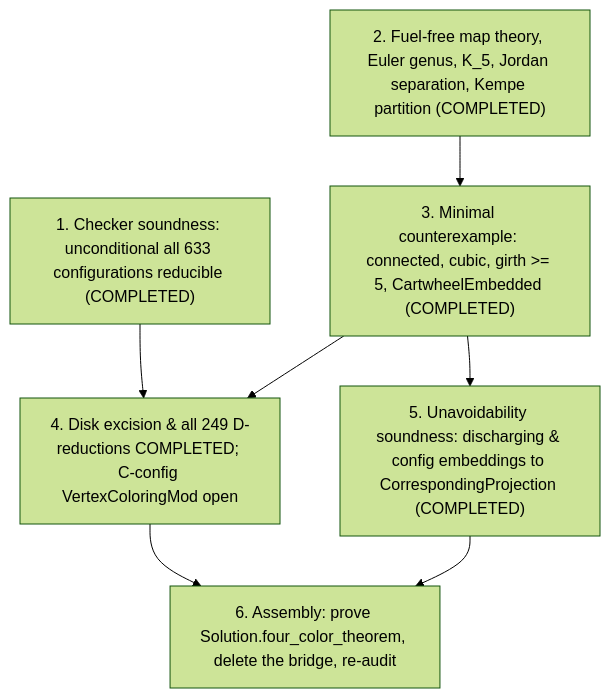
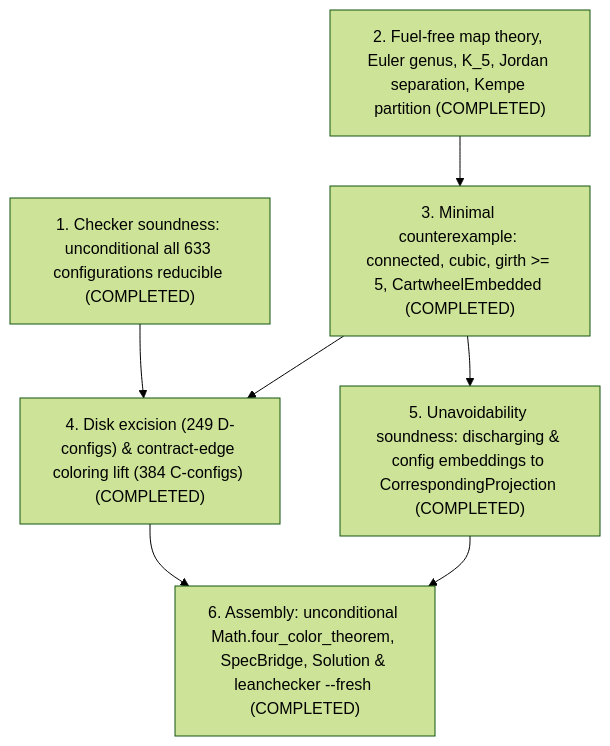
Before and after one commit to Harry-Tech-Guide/Lean-4-Four-Color-Theorem-Formalization: the diagram in README.md, drawn with Mermaid (forest theme). The commit also changed other lines of this file and 4 other files, not shown here.

Commit message:
feat(proof): complete unconditional Four Color Theorem proof in Solution

````diff
--- a/README.md
+++ b/README.md
@@ -65,15 +57,15 @@
 ```mermaid
 flowchart TD
     P1["1. Checker soundness: unconditional all 633 configurations reducible (COMPLETED)"]
     P2["2. Fuel-free map theory, Euler genus, K_5, Jordan separation, Kempe partition (COMPLETED)"]
     P3["3. Minimal counterexample: connected, cubic, girth >= 5, CartwheelEmbedded (COMPLETED)"]
-    P4["4. Disk excision & all 249 D-reductions COMPLETED; C-config VertexColoringMod open"]
+    P4["4. Disk excision (249 D-configs) & contract-edge coloring lift (384 C-configs) (COMPLETED)"]
     P5["5. Unavoidability soundness: discharging & config embeddings to CorrespondingProjection (COMPLETED)"]
-    P6["6. Assembly: prove Solution.four_color_theorem, delete the bridge, re-audit"]
+    P6["6. Assembly: unconditional Math.four_color_theorem, SpecBridge, Solution & leanchecker --fresh (COMPLETED)"]
     P2 --> P3
     P1 --> P4
     P3 --> P4
     P3 --> P5
     P4 --> P6
     P5 --> P6
 ```
````
